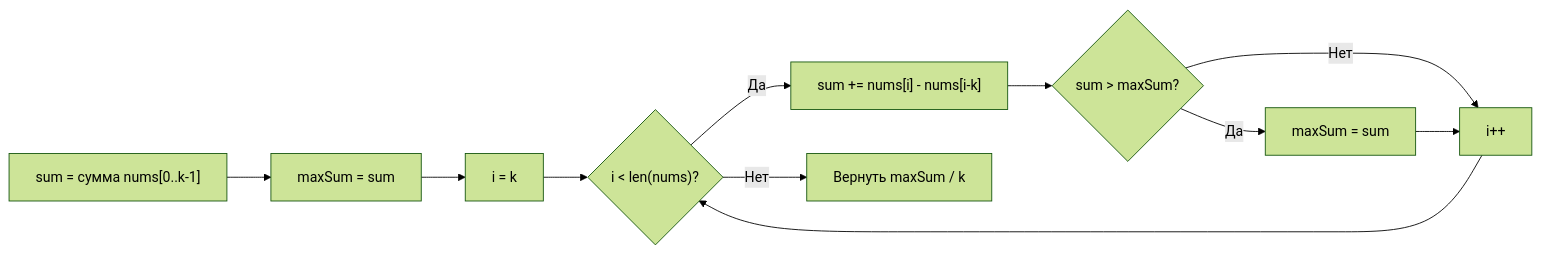
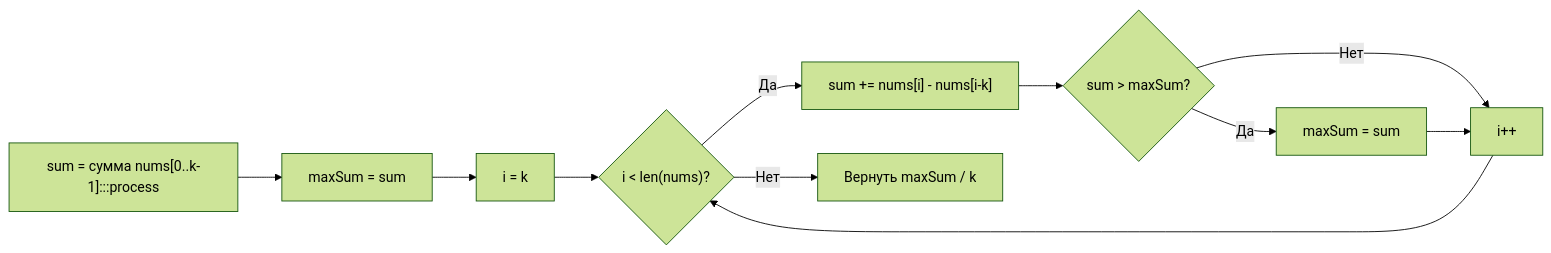
One commit to UnrealTemplier/go-textbook changed the diagram in sources/21. Задачи с LeetCode и собеседований на Go/02. Задачи/03. Скользящее окно/3. Maximum Average Subarray I.md. Above: the diagram before and after it, drawn with Mermaid (forest theme). The commit also changed 1666 other files, not shown here.

First line of the commit message:
feat(mermaid): add semantic color classDef to 1369 colorless flowchart/graph diagrams

````diff
--- a/sources/21. Задачи с LeetCode и собеседований на Go/02. Задачи/03. Скользящее окно/3. Maximum Average Subarray I.md
+++ b/sources/21. Задачи с LeetCode и собеседований на Go/02. Задачи/03. Скользящее окно/3. Maximum Average Subarray I.md
@@ -69,13 +69,23 @@
 ```mermaid
 flowchart LR
-    A["sum = сумма nums[0..k-1]"] --> B["maxSum = sum"]
+    classDef process  fill:#1e293b,stroke:#38bdf8,stroke-width:1px,color:#f8fafc
+    classDef success  fill:#064e3b,stroke:#34d399,stroke-width:1px,color:#f8fafc
+    classDef error    fill:#7f1d1d,stroke:#f87171,stroke-width:1px,color:#f8fafc
+    classDef warning  fill:#78350f,stroke:#fbbf24,stroke-width:1px,color:#f8fafc
+    classDef entry    fill:#1e3a5f,stroke:#38bdf8,stroke-width:2px,color:#f8fafc
+    classDef aux      fill:#334155,stroke:#64748b,stroke-width:1px,color:#f8fafc
+    classDef system   fill:#312e81,stroke:#a78bfa,stroke-width:1px,color:#f8fafc
+    classDef data     fill:#132d29,stroke:#2dd4bf,stroke-width:1px,color:#f8fafc
+    classDef network  fill:#881337,stroke:#fb7185,stroke-width:1px,color:#f8fafc
+    classDef accent   fill:#1e1b4b,stroke:#818cf8,stroke-width:1px,color:#f8fafc
+    A["sum = сумма nums[0..k-1]:::process"] --> B["maxSum = sum"]
     B --> C["i = k"]
     C --> D{"i < len(nums)?"}
     D -->|"Да"| E["sum += nums[i] - nums[i-k]"]
     E --> F{"sum > maxSum?"}
     F -->|"Да"| G["maxSum = sum"]
     F -->|"Нет"| H["i++"]
     G --> H
     H --> D
     D -->|"Нет"| I["Вернуть maxSum / k"]
 ```
````
